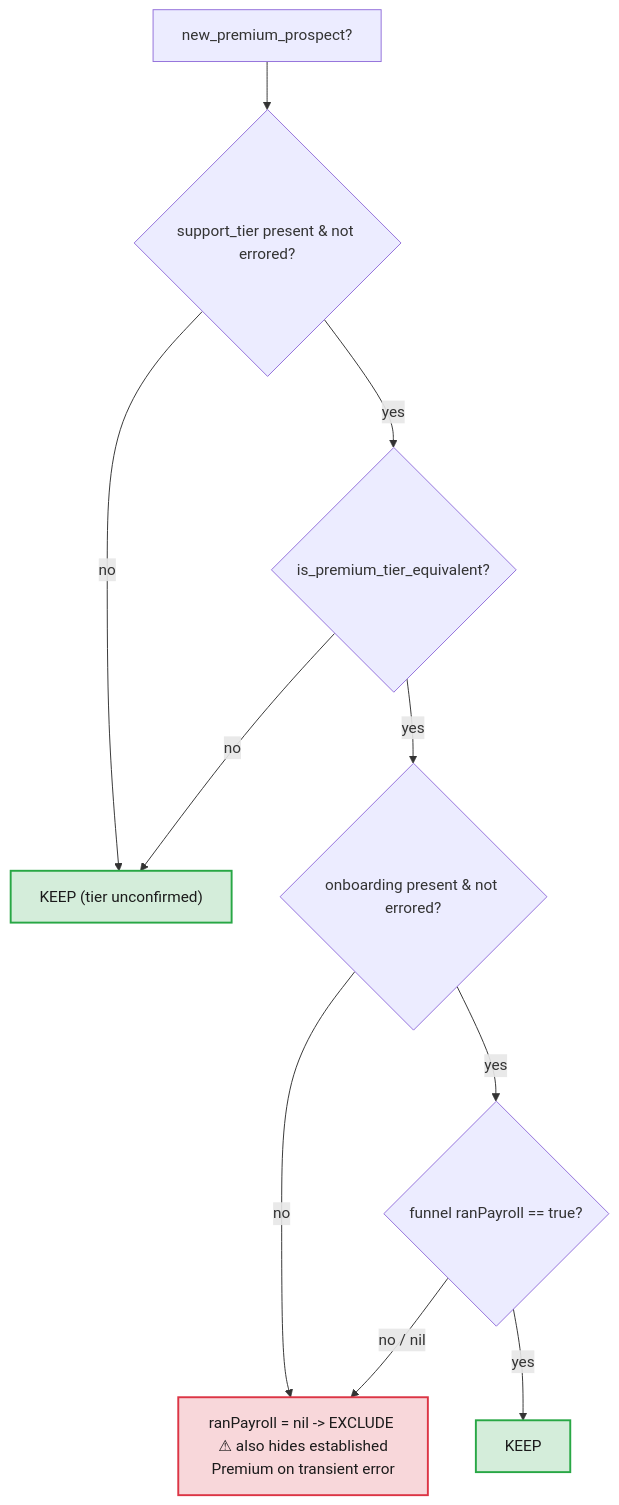
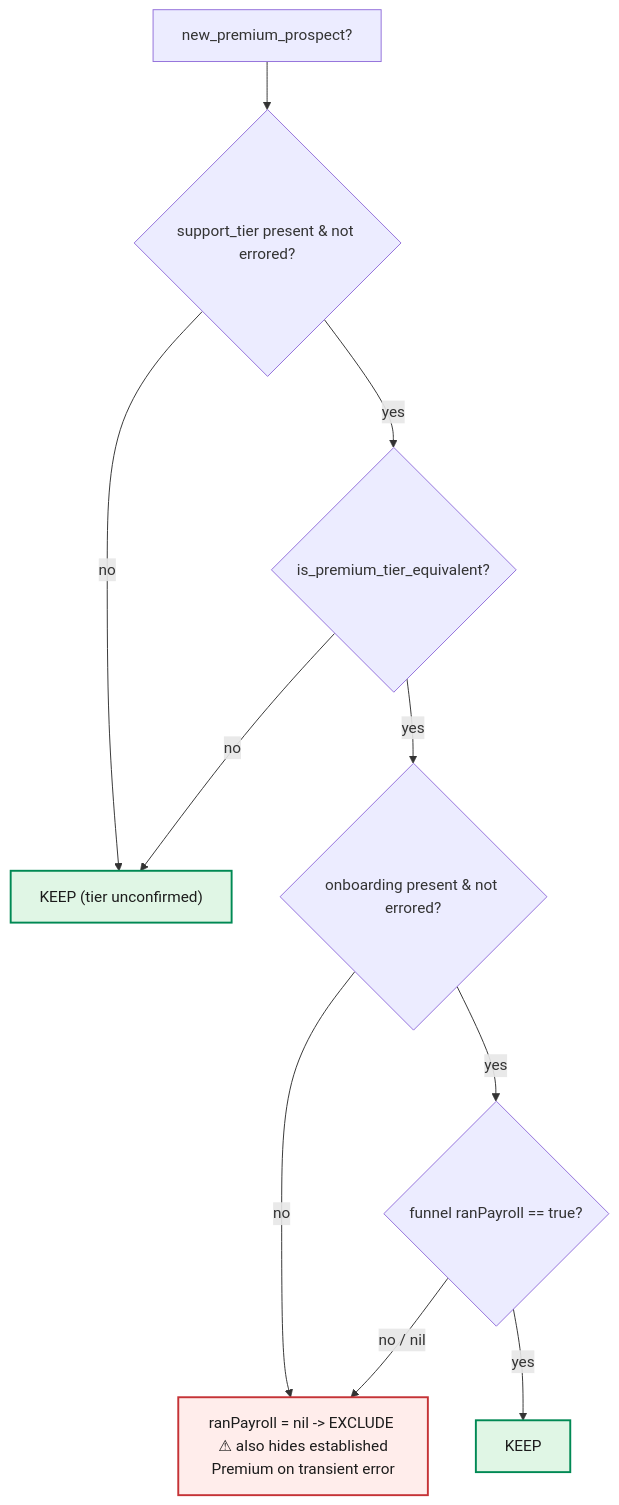
One commit to monica-at-gusto/monica-skills changed the fifth of 5 diagrams in control-flow-chart/references/mermaid-conventions.md. Above: the diagram before and after it, drawn with Mermaid. The commit also changed other lines of this file and 3 other files, not shown here.

First line of the commit message:
control-flow-chart: Workbench theming, optional legend, sizing knob

````diff
--- a/control-flow-chart/references/mermaid-conventions.md
+++ b/control-flow-chart/references/mermaid-conventions.md
@@ -94,15 +148,15 @@
 ```mermaid
 flowchart TD
     Start["new_premium_prospect?"] --> T{"support_tier present & not errored?"}
     T -->|no| Keep["KEEP (tier unconfirmed)"]
     T -->|yes| Prem{"is_premium_tier_equivalent?"}
     Prem -->|no| Keep
     Prem -->|yes| OB{"onboarding present & not errored?"}
     OB -->|no| Exclude["ranPayroll = nil -> EXCLUDE  ⚠ also hides established Premium on transient error"]
     OB -->|yes| RP{"funnel ranPayroll == true?"}
     RP -->|yes| Keep2["KEEP"]
     RP -->|"no / nil"| Exclude
-    style Exclude fill:#f8d7da,stroke:#dc3545,stroke-width:2px,color:#1b1b1b
-    style Keep fill:#d4edda,stroke:#28a745,stroke-width:2px,color:#1b1b1b
-    style Keep2 fill:#d4edda,stroke:#28a745,stroke-width:2px,color:#1b1b1b
+    style Exclude fill:#ffedeb,stroke:#c53336,stroke-width:2px,color:#1c1c1c
+    style Keep fill:#e0f6e5,stroke:#008954,stroke-width:2px,color:#1c1c1c
+    style Keep2 fill:#e0f6e5,stroke:#008954,stroke-width:2px,color:#1c1c1c
 ```
````
